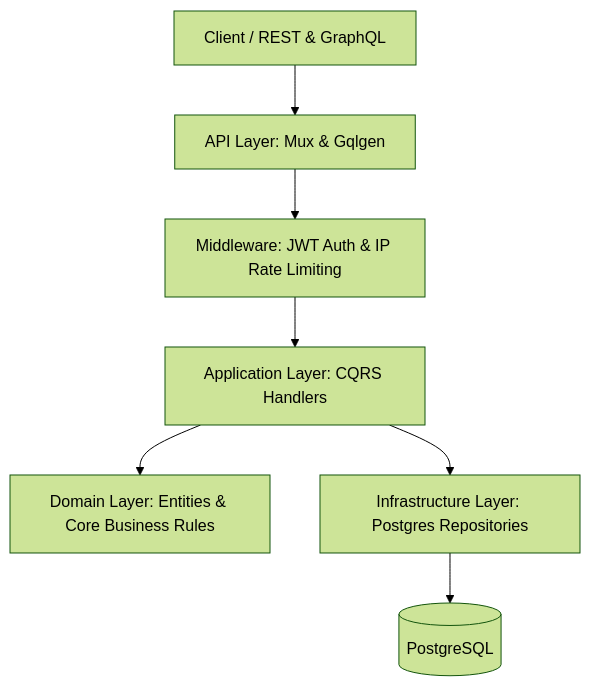
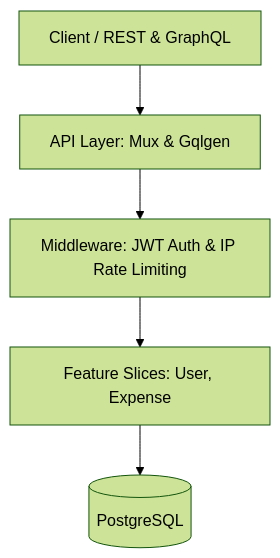
The diagram in README.md (twenty-III/finance-go), drawn with Mermaid (forest theme) before and after one commit. The commit also changed other lines of this file and 136 other files, not shown here.

Commit message:
refactor: restructure project to idiomatic go feature slices

````diff
--- a/README.md
+++ b/README.md
@@ -16,9 +16,7 @@
 ```mermaid
 flowchart TD
     Client[Client / REST & GraphQL] --> Router[API Layer: Mux & Gqlgen]
     Router --> Middleware[Middleware: JWT Auth & IP Rate Limiting]
-    Middleware --> App[Application Layer: CQRS Handlers]
-    App --> Domain[Domain Layer: Entities & Core Business Rules]
-    App --> Repo[Infrastructure Layer: Postgres Repositories]
-    Repo --> DB[(PostgreSQL)]
+    Middleware --> Feature[Feature Slices: User, Expense]
+    Feature --> DB[(PostgreSQL)]
 ```
````
